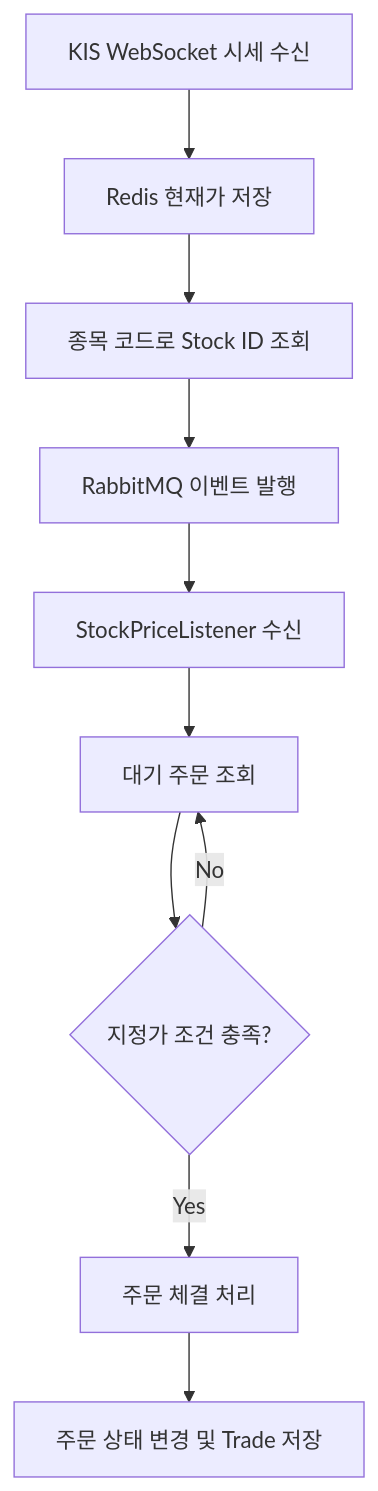
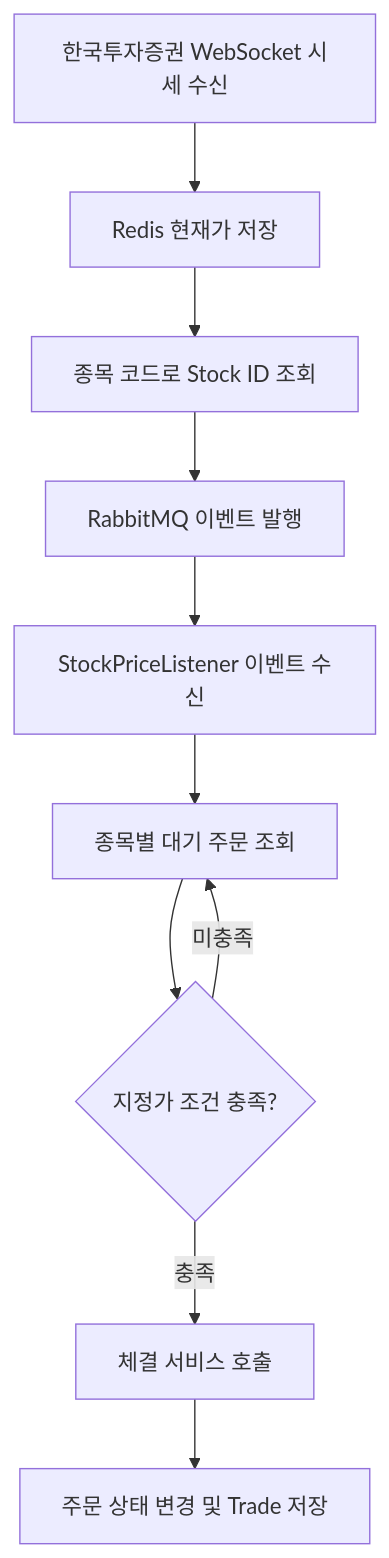
The second of 2 diagrams in README.md (jihwanprogramer/mock-trading-springboot), drawn with Mermaid before and after one commit. The commit also changed other lines of this file, not shown here.

````diff
--- a/README.md
+++ b/README.md
@@ -77,16 +91,16 @@
 ```mermaid
 flowchart TD
-    A[KIS WebSocket 시세 수신]
+    A[한국투자증권 WebSocket 시세 수신]
     B[Redis 현재가 저장]
     C[종목 코드로 Stock ID 조회]
     D[RabbitMQ 이벤트 발행]
-    E[StockPriceListener 수신]
-    F[대기 주문 조회]
+    E[StockPriceListener 이벤트 수신]
+    F[종목별 대기 주문 조회]
     G{지정가 조건 충족?}
-    H[주문 체결 처리]
+    H[체결 서비스 호출]
     I[주문 상태 변경 및 Trade 저장]
 
     A --> B --> C --> D --> E --> F --> G
-    G -->|Yes| H --> I
-    G -->|No| F
+    G -->|충족| H --> I
+    G -->|미충족| F
 ```
````
